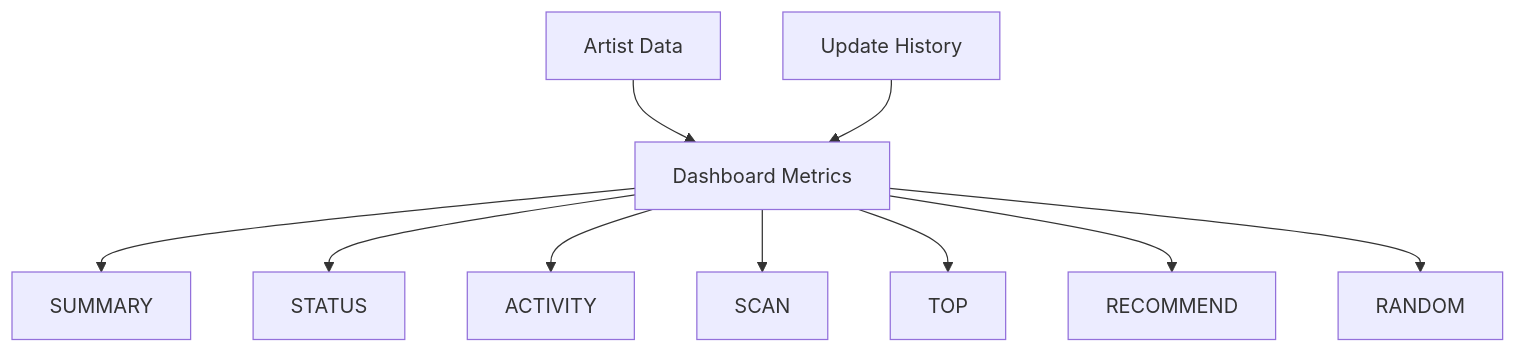
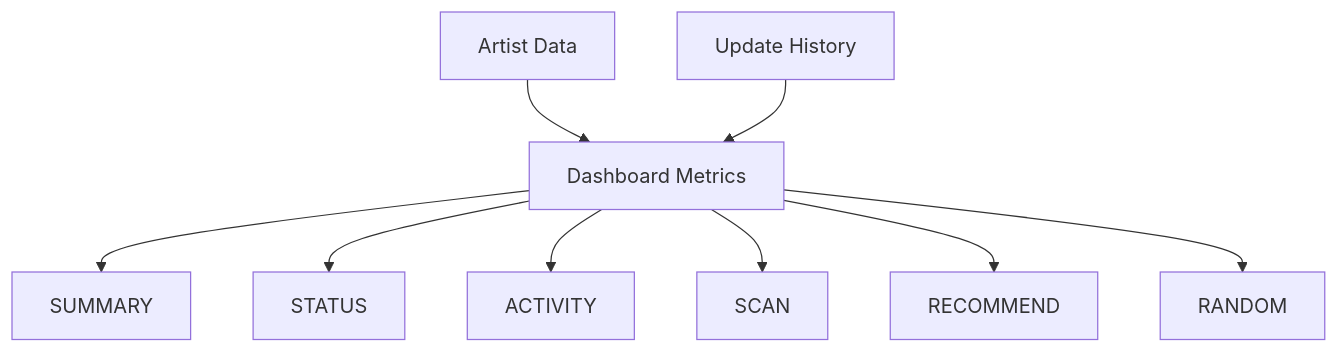
One commit to PKT0623/PixivLocalManager changed diagram 19 of 24 in docs/07_ARCHITECTURE.md. Above: the diagram before and after it, drawn with Mermaid. The commit also changed other lines of this file and 10 other files, not shown here.

Commit message:
docs: update V2 completion status and V3 roadmap

````diff
--- a/docs/07_ARCHITECTURE.md
+++ b/docs/07_ARCHITECTURE.md
@@ -821,19 +811,18 @@
 ```mermaid
 flowchart TD
 
 ARTISTS[Artist Data]
 HISTORY[Update History]
 
 ARTISTS --> METRICS
 HISTORY --> METRICS
 
 METRICS[Dashboard Metrics]
 
 METRICS --> SUMMARY
 METRICS --> STATUS
 METRICS --> ACTIVITY
 METRICS --> SCAN
-METRICS --> TOP
 METRICS --> RECOMMEND
 METRICS --> RANDOM
 ```
````
